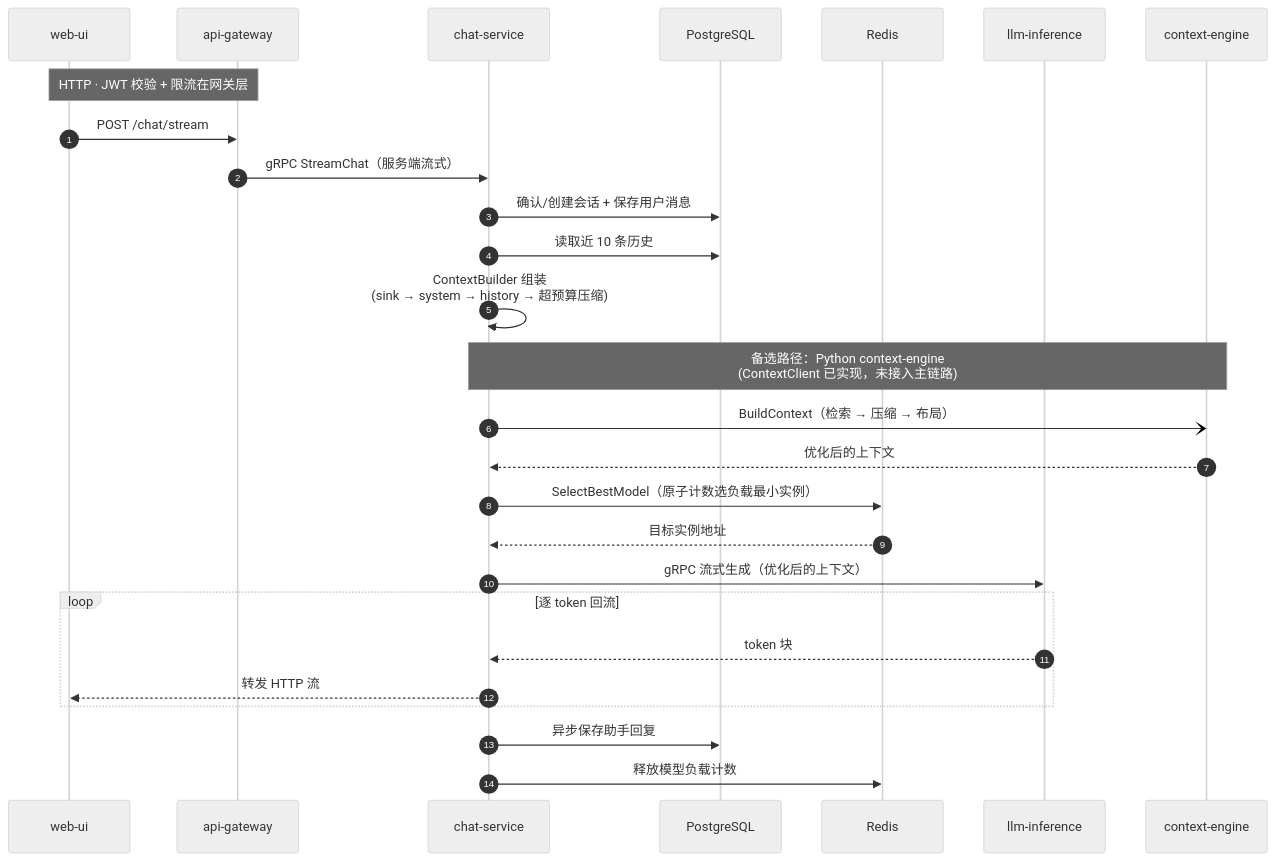
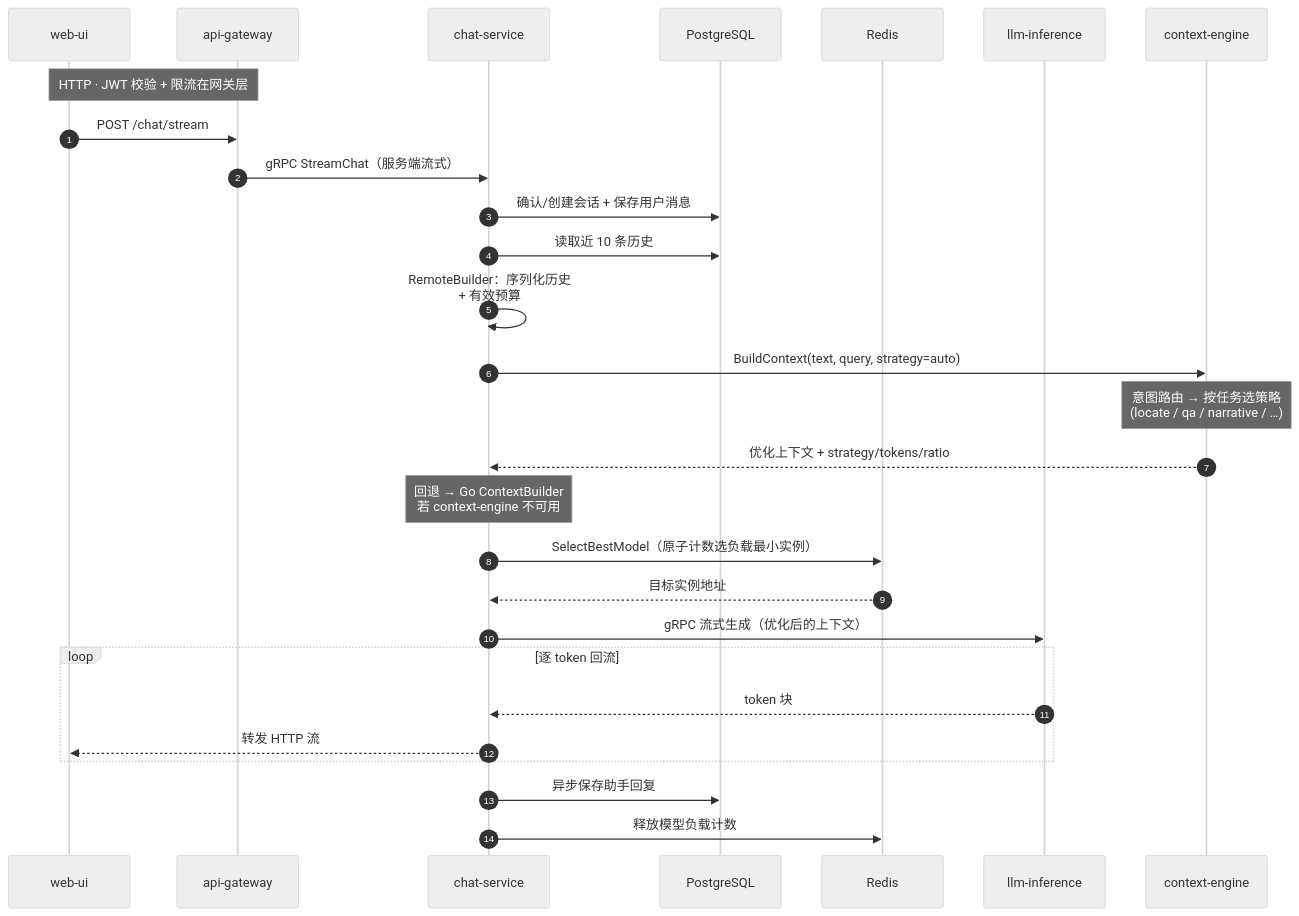
Before and after one commit to Einspanner123/free-chat: the second of 2 diagrams in README_CN.md, drawn with Mermaid (neutral theme). The commit also changed other lines of this file and 2 other files, not shown here.

First line of the commit message:
docs: update README for remote builder, intent router, and KV-eviction findings

````diff
--- a/README_CN.md
+++ b/README_CN.md
@@ -95,30 +95,31 @@
 ```mermaid
 sequenceDiagram
     autonumber
     participant UI as web-ui
     participant GW as api-gateway
     participant CS as chat-service
     participant PG as PostgreSQL
     participant RD as Redis
     participant LI as llm-inference
     participant CE as context-engine
 
     Note over UI,GW: HTTP · JWT 校验 + 限流在网关层
     UI->>GW: POST /chat/stream
     GW->>CS: gRPC StreamChat（服务端流式）
     CS->>PG: 确认/创建会话 + 保存用户消息
     CS->>PG: 读取近 10 条历史
-    CS->>CS: ContextBuilder 组装<br/>(sink → system → history → 超预算压缩)
-    Note over CS,CE: 备选路径：Python context-engine<br/>(ContextClient 已实现，未接入主链路)
-    CS-)CE: BuildContext（检索 → 压缩 → 布局）
-    CE-->>CS: 优化后的上下文
+    CS->>CS: RemoteBuilder：序列化历史<br/>+ 有效预算
+    CS->>CE: BuildContext(text, query, strategy=auto)
+    Note over CE: 意图路由 → 按任务选策略<br/>(locate / qa / narrative / …)
+    CE-->>CS: 优化上下文 + strategy/tokens/ratio
+    Note over CS: 回退 → Go ContextBuilder<br/>若 context-engine 不可用
     CS->>RD: SelectBestModel（原子计数选负载最小实例）
     RD-->>CS: 目标实例地址
     CS->>LI: gRPC 流式生成（优化后的上下文）
     loop 逐 token 回流
         LI-->>CS: token 块
         CS-->>UI: 转发 HTTP 流
     end
     CS->>PG: 异步保存助手回复
     CS->>RD: 释放模型负载计数
 ```
````
